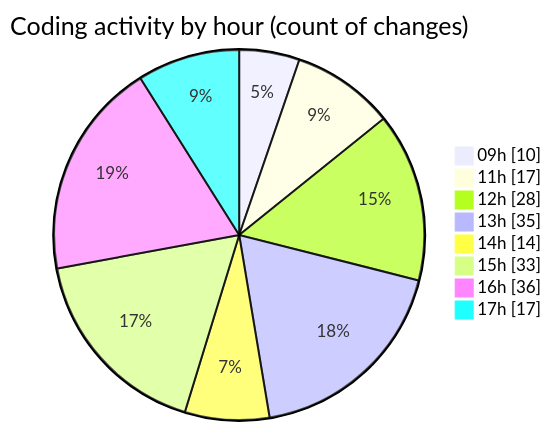
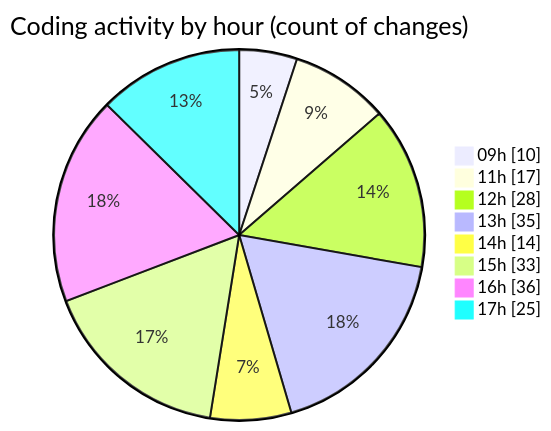
One commit to momahboobian/code-tracking changed the second of 2 diagrams in 2026-05-07/cda/README.md. Above: the diagram before and after it, drawn with Mermaid. The commit also changed other lines of this file and 1 other file, not shown here.

````diff
--- a/2026-05-07/cda/README.md
+++ b/2026-05-07/cda/README.md
@@ -58,12 +58,12 @@
 ```mermaid
 pie showData
 title Coding activity by hour (count of changes)
 "09h" : 10
 "11h" : 17
 "12h" : 28
 "13h" : 35
 "14h" : 14
 "15h" : 33
 "16h" : 36
-"17h" : 17
+"17h" : 25
 ```
````
